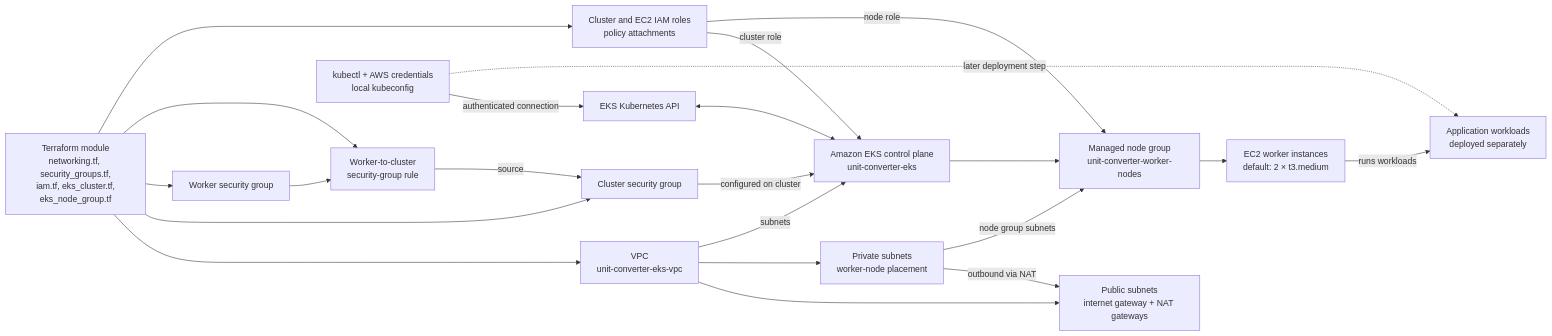
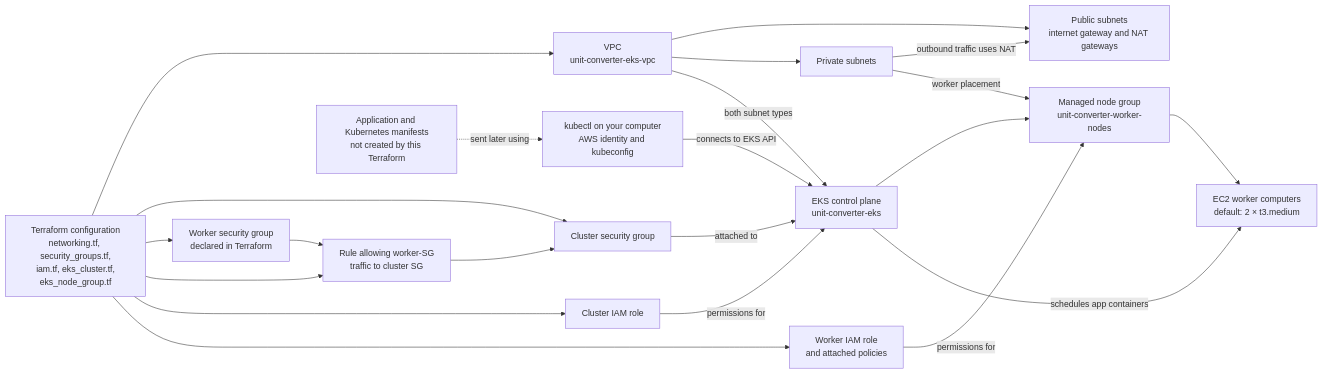
One commit to vijay1912/unit-converter changed the diagram in document.md. Above: the diagram before and after it, drawn with Mermaid. The commit also changed other lines of this file, not shown here.

Commit message:
Focus EKS guide diagram on infrastructure

````diff
--- a/document.md
+++ b/document.md
@@ -19,39 +23,39 @@
 ```mermaid
 flowchart LR
-    TF["Terraform module<br/>networking.tf, security_groups.tf,<br/>iam.tf, eks_cluster.tf,<br/>eks_node_group.tf"]
+    TF["Terraform configuration<br/>networking.tf, security_groups.tf,<br/>iam.tf, eks_cluster.tf,<br/>eks_node_group.tf"]
     VPC["VPC<br/>unit-converter-eks-vpc"]
-    PUB["Public subnets<br/>internet gateway + NAT gateways"]
-    PRIV["Private subnets<br/>worker-node placement"]
-    SGC["Cluster security group"]
-    SGW["Worker security group"]
-    SGR["Worker-to-cluster<br/>security-group rule"]
-    IAM["Cluster and EC2 IAM roles<br/>policy attachments"]
-    EKS["Amazon EKS control plane<br/>unit-converter-eks"]
-    NG["Managed node group<br/>unit-converter-worker-nodes"]
-    EC2["EC2 worker instances<br/>default: 2 × t3.medium"]
-    KUBECTL["kubectl + AWS credentials<br/>local kubeconfig"]
-    API["EKS Kubernetes API"]
-    APP["Application workloads<br/>deployed separately"]
+    PUBLIC["Public subnets<br/>internet gateway and NAT gateways"]
+    PRIVATE["Private subnets"]
+    CLUSTER_SG["Cluster security group"]
+    WORKER_SG["Worker security group<br/>declared in Terraform"]
+    SG_RULE["Rule allowing worker-SG<br/>traffic to cluster SG"]
+    CLUSTER_ROLE["Cluster IAM role"]
+    WORKER_ROLE["Worker IAM role<br/>and attached policies"]
+    EKS["EKS control plane<br/>unit-converter-eks"]
+    NODE_GROUP["Managed node group<br/>unit-converter-worker-nodes"]
+    EC2["EC2 worker computers<br/>default: 2 × t3.medium"]
+    KUBECTL["kubectl on your computer<br/>AWS identity and kubeconfig"]
+    APP["Application and Kubernetes manifests<br/>not created by this Terraform"]
 
     TF --> VPC
-    VPC --> PUB
-    VPC --> PRIV
-    TF --> SGC
-    TF --> SGW
-    TF --> SGR
-    TF --> IAM
-    PRIV -->|outbound via NAT| PUB
-    VPC -->|subnets| EKS
-    SGC -->|configured on cluster| EKS
-    SGW --> SGR
-    SGR -->|source| SGC
-    IAM -->|cluster role| EKS
-    IAM -->|node role| NG
-    EKS --> NG
-    PRIV -->|node group subnets| NG
-    NG --> EC2
-    KUBECTL -->|authenticated connection| API
-    API <--> EKS
-    EC2 -->|runs workloads| APP
-    KUBECTL -.->|later deployment step| APP
+    TF --> CLUSTER_SG
+    TF --> WORKER_SG
+    TF --> SG_RULE
+    TF --> CLUSTER_ROLE
+    TF --> WORKER_ROLE
+    VPC --> PUBLIC
+    VPC --> PRIVATE
+    PRIVATE -->|outbound traffic uses NAT| PUBLIC
+    VPC -->|both subnet types| EKS
+    CLUSTER_SG -->|attached to| EKS
+    CLUSTER_ROLE -->|permissions for| EKS
+    EKS --> NODE_GROUP
+    PRIVATE -->|worker placement| NODE_GROUP
+    WORKER_ROLE -->|permissions for| NODE_GROUP
+    WORKER_SG --> SG_RULE
+    SG_RULE --> CLUSTER_SG
+    NODE_GROUP --> EC2
+    KUBECTL -->|connects to EKS API| EKS
+    APP -.->|sent later using| KUBECTL
+    EKS -->|schedules app containers| EC2
 ```
````
